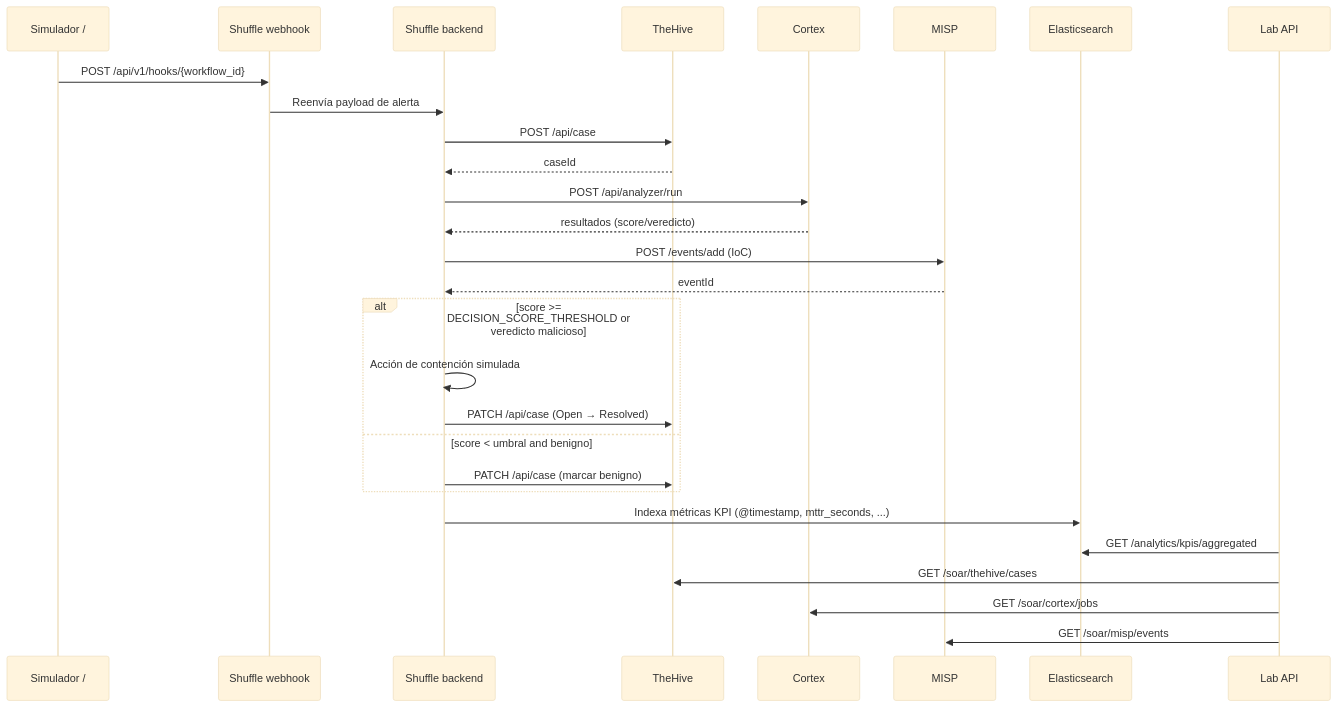
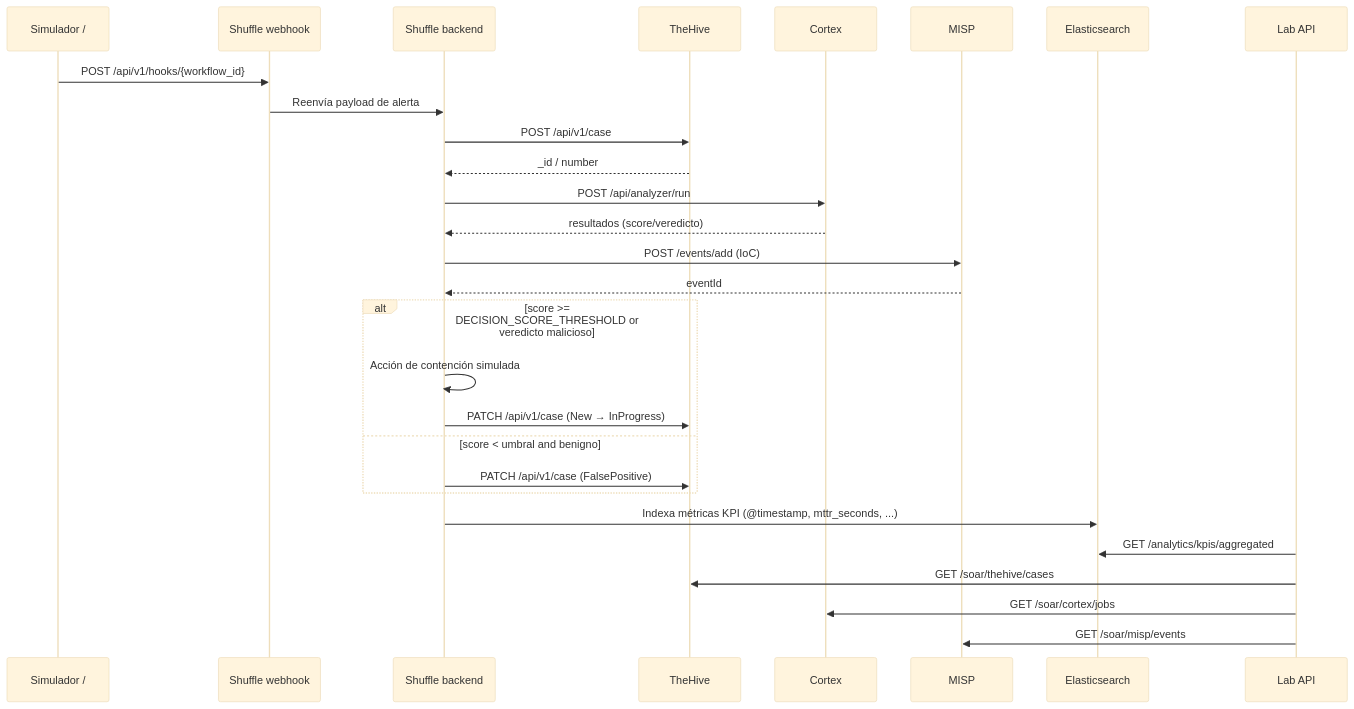
The third of 6 diagrams in docs/04-operations.md (alesanfe/soar-ransomware-lab), drawn with Mermaid (base theme) before and after one commit. The commit also changed other lines of this file and 107 other files, not shown here.

````diff
--- a/docs/04-operations.md
+++ b/docs/04-operations.md
@@ -1545,31 +1545,31 @@
 ```mermaid
 sequenceDiagram
  participant Sim as Simulador /
  participant Shuffle as Shuffle webhook
  participant Backend as Shuffle backend
  participant TheHive as TheHive
  participant Cortex as Cortex
  participant MISP as MISP
  participant ES as Elasticsearch
  participant API as Lab API
 
  Sim->>Shuffle: POST /api/v1/hooks/{workflow_id}
  Shuffle->>Backend: Reenvía payload de alerta
- Backend->>TheHive: POST /api/case
- TheHive-->>Backend: caseId
+ Backend->>TheHive: POST /api/v1/case
+ TheHive-->>Backend: _id / number
  Backend->>Cortex: POST /api/analyzer/run
  Cortex-->>Backend: resultados (score/veredicto)
  Backend->>MISP: POST /events/add (IoC)
  MISP-->>Backend: eventId
  alt score >= DECISION_SCORE_THRESHOLD or veredicto malicioso
  Backend->>Backend: Acción de contención simulada
- Backend->>TheHive: PATCH /api/case (Open → Resolved)
+ Backend->>TheHive: PATCH /api/v1/case (New → InProgress)
  else score < umbral and benigno
- Backend->>TheHive: PATCH /api/case (marcar benigno)
+ Backend->>TheHive: PATCH /api/v1/case (FalsePositive)
  end
  Backend->>ES: Indexa métricas KPI (@timestamp, mttr_seconds, ...)
  API->>ES: GET /analytics/kpis/aggregated
  API->>TheHive: GET /soar/thehive/cases
  API->>Cortex: GET /soar/cortex/jobs
  API->>MISP: GET /soar/misp/events
 ```
````
